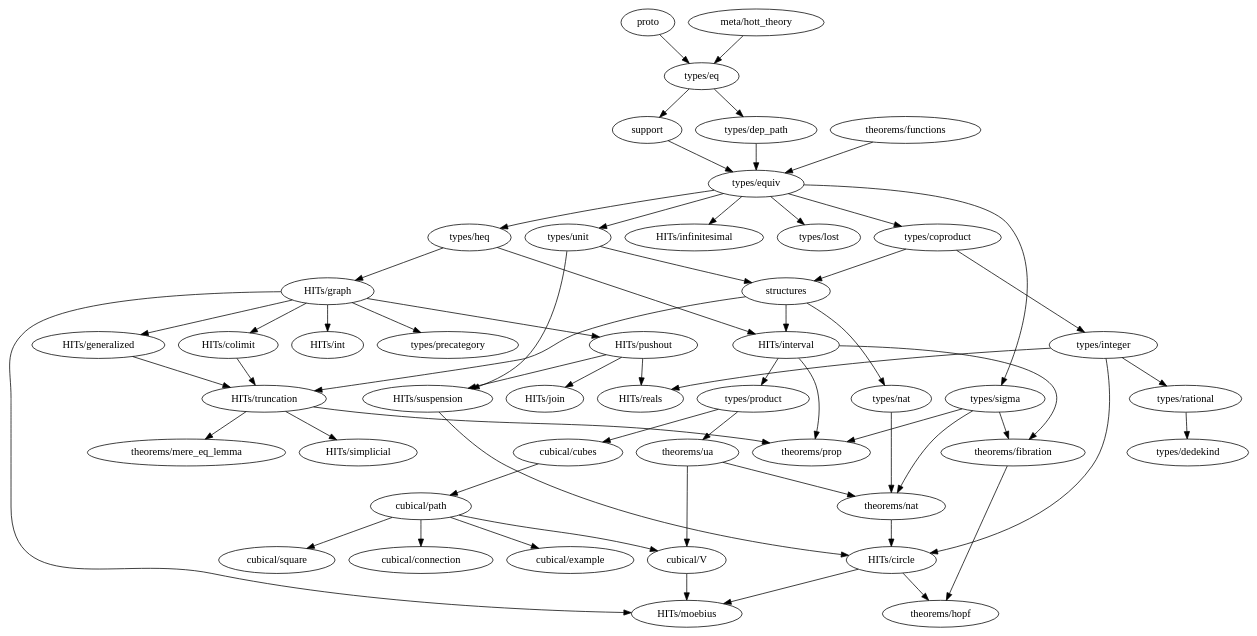
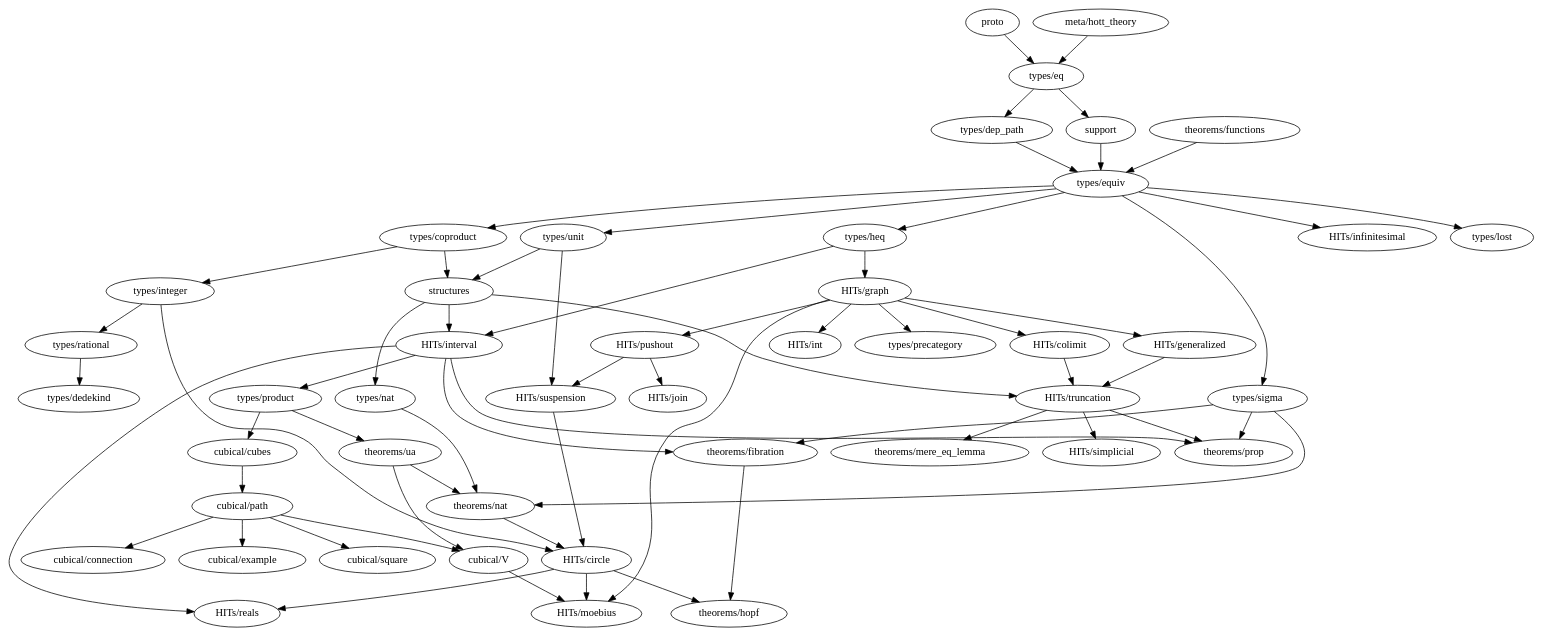
One commit to forked-from-1kasper/ground_zero changed the diagram in dependency_map.gv. Above: the diagram before and after it, drawn with Graphviz. The commit also changed 5 other files, not shown here.

```diff
--- a/dependency_map.gv
+++ b/dependency_map.gv
@@ -1,99 +1,98 @@
 digraph dependency_map {
   proto -> "types/eq"
   "meta/hott_theory" -> "types/eq"
   support -> "types/equiv"
   structures -> {
     "HITs/interval",
     "HITs/truncation",
     "types/nat"
   }
 
   subgraph types {
     "types/coproduct" -> { "types/integer", structures }
     "types/dedekind"
     "types/dep_path" -> "types/equiv"
     "types/eq" -> { "types/dep_path", support }
     "types/equiv" -> {
       "types/heq",
       "HITs/infinitesimal",
       "types/coproduct",
       "types/lost",
       "types/unit",
       "types/sigma"
     }
     "types/heq" -> {
       "HITs/interval",
       "HITs/graph"
     }
     "types/integer" -> {
       "HITs/circle",
-      "HITs/reals",
       "types/rational"
     }
     "types/lost"
     "types/nat" -> { "theorems/nat" }
     "types/product" -> { "cubical/cubes", "theorems/ua" }
     "types/rational" -> { "types/dedekind" }
     "types/sigma" -> { "theorems/fibration", "theorems/prop", "theorems/nat" }
     "types/unit" -> { structures, "HITs/suspension" }
   }
 
   subgraph HITs {
-    "HITs/circle" -> { "theorems/hopf", "HITs/moebius" }
+    "HITs/circle" -> { "theorems/hopf", "HITs/moebius", "HITs/reals" }
     "HITs/colimit" -> "HITs/truncation"
     "HITs/generalized" -> "HITs/truncation"
     "HITs/graph" -> {
       "HITs/colimit",
       "HITs/generalized",
       "HITs/int",
       "HITs/pushout",
       "HITs/moebius",
       "types/precategory"
     }
     "HITs/infinitesimal"
     "HITs/interval" -> {
+      "HITs/reals",
       "types/product",
       "theorems/prop",
       "theorems/fibration"
     }
     "HITs/join"
     "HITs/moebius"
     "HITs/pushout" -> {
       "HITs/join",
-      "HITs/reals",
       "HITs/suspension"
     }
     "HITs/reals"
     "HITs/simplicial"
     "HITs/suspension" -> "HITs/circle"
     "HITs/truncation" -> {
       "theorems/mere_eq_lemma",
       "theorems/prop",
       "HITs/simplicial"
     }
   }
 
   subgraph cubical {
     "cubical/connection"
     "cubical/cubes" -> "cubical/path"
     "cubical/example"
     "cubical/path" -> {
       "cubical/square",
       "cubical/example",
       "cubical/V",
       "cubical/connection"
     }
     "cubical/square"
     "cubical/V" -> "HITs/moebius"
   }
 
   subgraph theorems {
     "theorems/fibration" -> { "theorems/hopf" }
     "theorems/functions" -> { "types/equiv" }
     "theorems/hopf"
     "theorems/mere_eq_lemma"
     "theorems/nat" -> { "HITs/circle" }
     "theorems/prop"
     "theorems/ua" -> { "theorems/nat", "cubical/V" }
   }
 }
```
